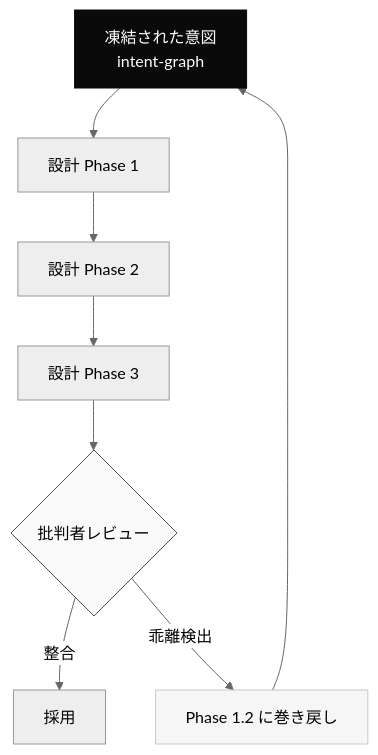
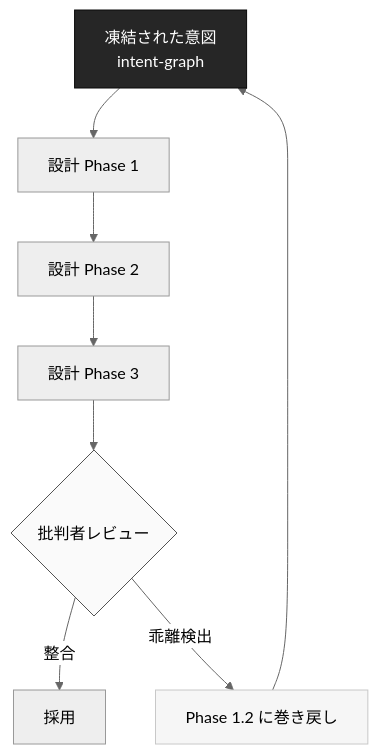
Before and after one commit to dinekt/dinekt-wiki: the first of 2 diagrams in docs/concepts/drift-detection-実装が意図から乖離する現象を検出する.md, drawn with Mermaid (neutral theme). The commit also changed other lines of this file and 71 other files, not shown here.

First line of the commit message:
fix: mermaid readability + remove GitHub repo toolbar

````diff
--- a/docs/concepts/drift-detection-実装が意図から乖離する現象を検出する.md
+++ b/docs/concepts/drift-detection-実装が意図から乖離する現象を検出する.md
@@ -23,14 +23,14 @@
 ```mermaid
 flowchart TD
     I[凍結された意図<br/>intent-graph] --> D1[設計 Phase 1]
     D1 --> D2[設計 Phase 2]
     D2 --> D3[設計 Phase 3]
     D3 --> R{批判者レビュー}
     R -->|整合| OK[採用]
     R -->|乖離検出| BACK[Phase 1.2 に巻き戻し]
     BACK --> I
 
-    style I fill:#0a0a0a,color:#fff,stroke:#0a0a0a
-    style R fill:#fafafa,stroke:#525252
-    style BACK fill:#f6f6f6,stroke:#c8c8c8
+    style I fill:#262626,color:#fff,stroke:#0a0a0a
+    style R fill:#fafafa,stroke:#525252,color:#000
+    style BACK fill:#f6f6f6,stroke:#c8c8c8,color:#000
 ```
````
